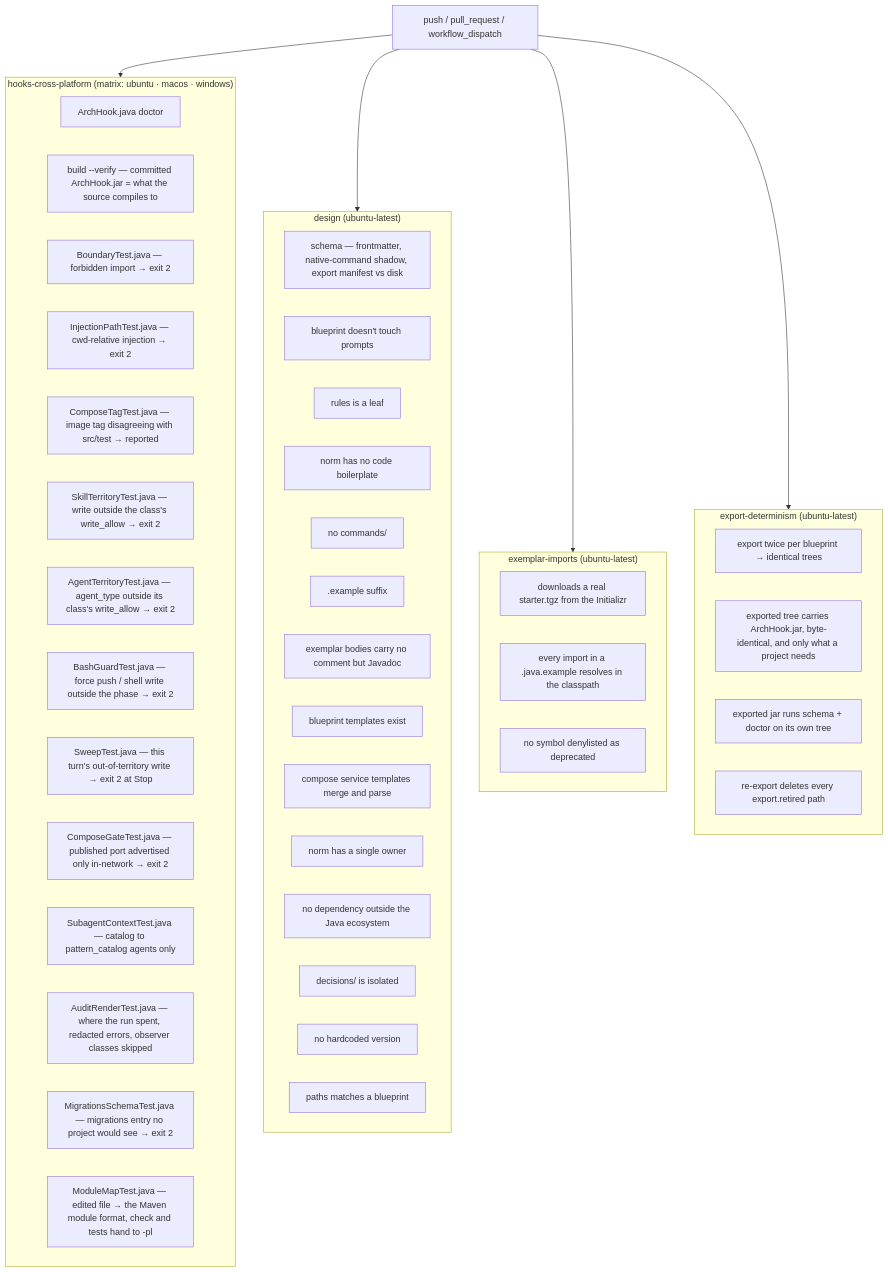
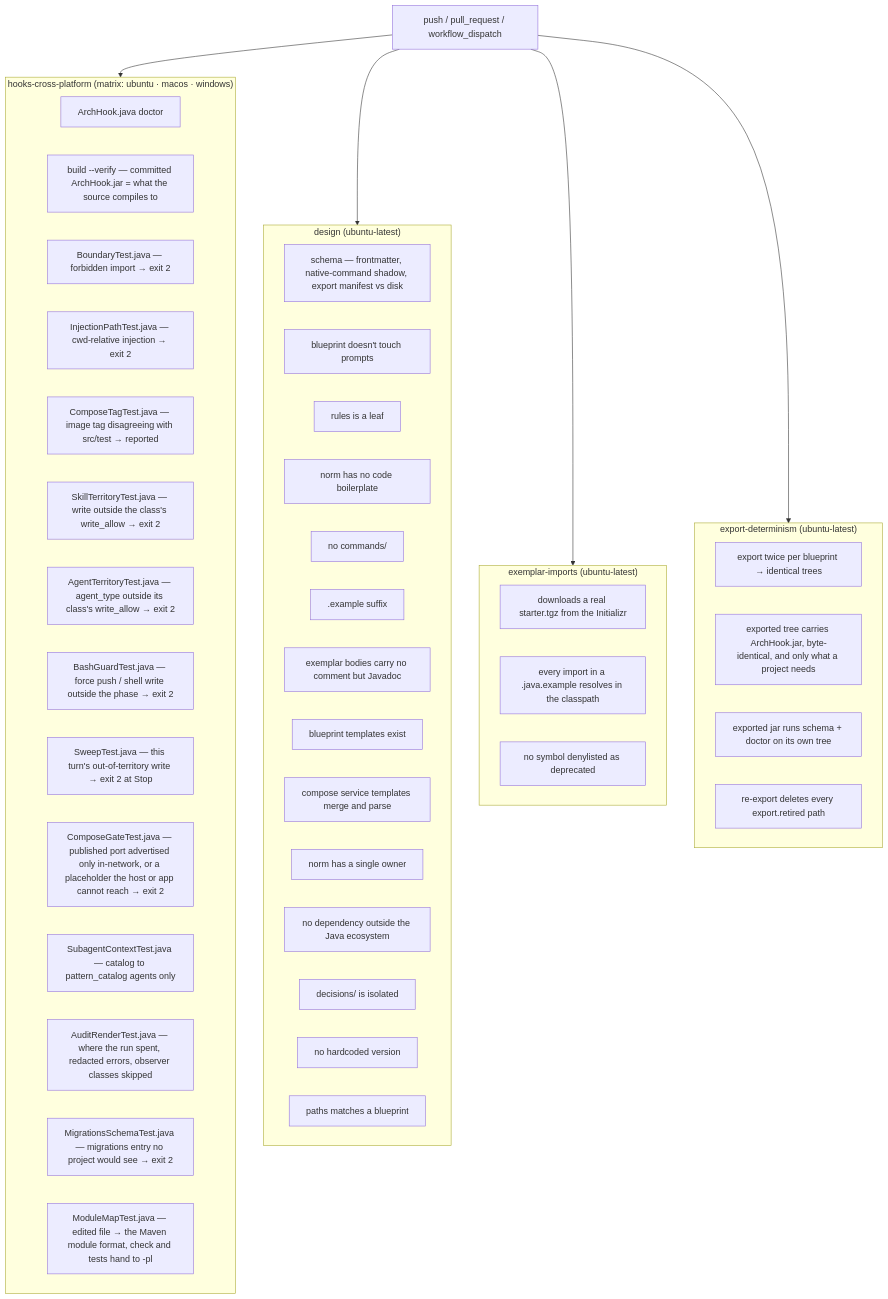
The diagram in docs/en/07-ci-validate.md (ice-lfernandes/claude-spring-architect), drawn with Mermaid before and after one commit. The commit also changed other lines of this file and 23 other files, not shown here.

First line of the commit message:
fix: OTLP collector is host-first and compose checks each placeholder on both sides (decision 0110)

````diff
--- a/docs/en/07-ci-validate.md
+++ b/docs/en/07-ci-validate.md
@@ -17,54 +17,54 @@
 ```mermaid
 flowchart TD
     T[push / pull_request / workflow_dispatch] --> J1
     T --> J2
     T --> J3
     T --> J4
 
     subgraph J1["hooks-cross-platform (matrix: ubuntu · macos · windows)"]
         H1[ArchHook.java doctor]
         H0[build --verify — committed ArchHook.jar = what the source compiles to]
         H2[BoundaryTest.java — forbidden import → exit 2]
         H3[InjectionPathTest.java — cwd-relative injection → exit 2]
         H4[ComposeTagTest.java — image tag disagreeing with src/test → reported]
         H5[SkillTerritoryTest.java — write outside the class's write_allow → exit 2]
         H6[AgentTerritoryTest.java — agent_type outside its class's write_allow → exit 2]
         H7[BashGuardTest.java — force push / shell write outside the phase → exit 2]
         H8[SweepTest.java — this turn's out-of-territory write → exit 2 at Stop]
-        H9[ComposeGateTest.java — published port advertised only in-network → exit 2]
+        H9[ComposeGateTest.java — published port advertised only in-network, or a placeholder the host or app cannot reach → exit 2]
         H10[SubagentContextTest.java — catalog to pattern_catalog agents only]
         H11[AuditRenderTest.java — where the run spent, redacted errors, observer classes skipped]
         H12[MigrationsSchemaTest.java — migrations entry no project would see → exit 2]
         H13[ModuleMapTest.java — edited file → the Maven module format, check and tests hand to -pl]
     end
 
     subgraph J2["design (ubuntu-latest)"]
         D1[schema — frontmatter, native-command shadow, export manifest vs disk]
         D4[blueprint doesn't touch prompts]
         D5[rules is a leaf]
         D6[norm has no code boilerplate]
         D7[no commands/]
         D8[.example suffix]
         D16[exemplar bodies carry no comment but Javadoc]
         D9[blueprint templates exist]
         D15[compose service templates merge and parse]
         D10[norm has a single owner]
         D11[no dependency outside the Java ecosystem]
         D12[decisions/ is isolated]
         D13[no hardcoded version]
         D14[paths matches a blueprint]
     end
 
     subgraph J3["exemplar-imports (ubuntu-latest)"]
         E1[downloads a real starter.tgz from the Initializr]
         E2[every import in a .java.example resolves in the classpath]
         E3[no symbol denylisted as deprecated]
     end
 
     subgraph J4["export-determinism (ubuntu-latest)"]
         X1[export twice per blueprint → identical trees]
         X2[exported tree carries ArchHook.jar, byte-identical, and only what a project needs]
         X3[exported jar runs schema + doctor on its own tree]
         X4[re-export deletes every export.retired path]
     end
 ```
````
